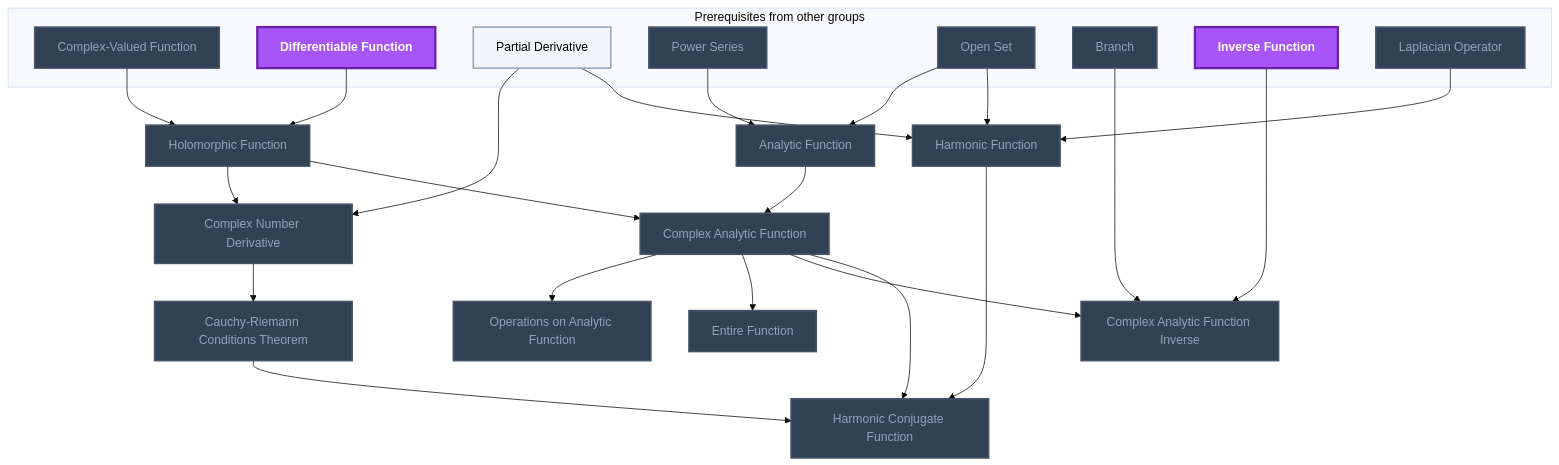
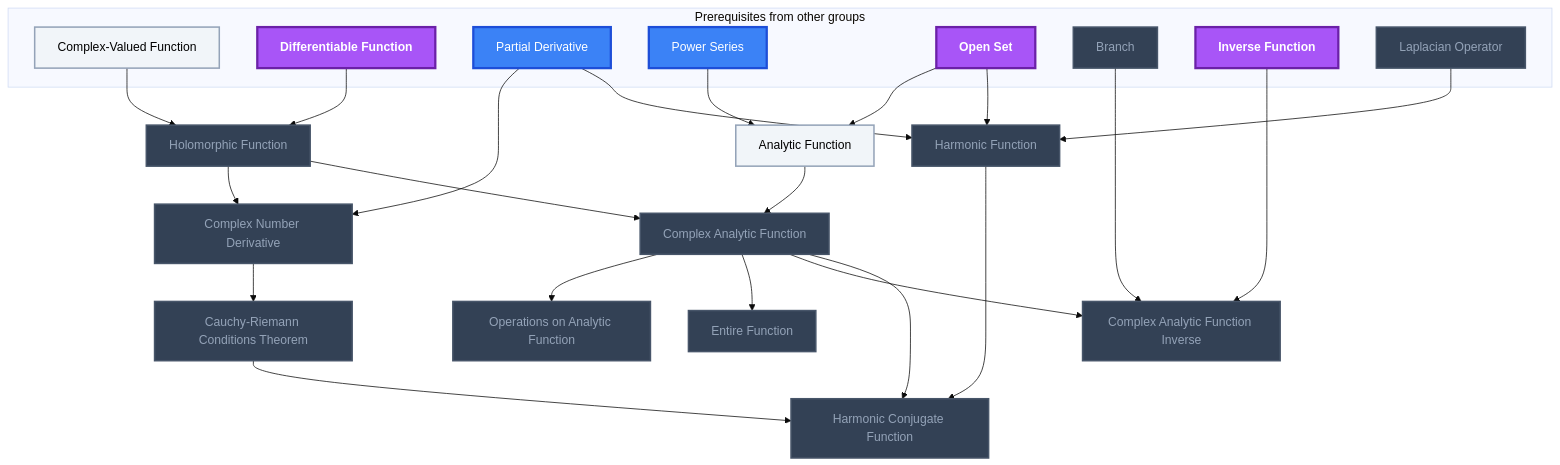
Before and after one commit to MRauf1/My-Notes: the sixth of 19 diagrams in Gamification/Skill Trees/Complex Analysis.md, drawn with Mermaid (base theme). The commit also changed other lines of this file and 145 other files, not shown here.

````diff
--- a/Gamification/Skill Trees/Complex Analysis.md
+++ b/Gamification/Skill Trees/Complex Analysis.md
@@ -232,56 +239,57 @@
 ```mermaid
 flowchart TD
     classDef planned fill:#1E293B,stroke:#64748B,stroke-width:2px,stroke-dasharray:5 5,color:#94A3B8;
     classDef locked fill:#334155,stroke:#475569,stroke-width:2px,color:#94A3B8;
     classDef L0 fill:#F1F5F9,stroke:#94A3B8,stroke-width:2px,color:#000000;
     classDef L1 fill:#22C55E,stroke:#15803D,stroke-width:2px,color:#000000;
     classDef L2 fill:#3B82F6,stroke:#1D4ED8,stroke-width:3px,color:#FFFFFF;
     classDef L3 fill:#A855F7,stroke:#6B21A8,stroke-width:3px,color:#FFFFFF,font-weight:bold;
     classDef L4 fill:#F97316,stroke:#C2410C,stroke-width:4px,color:#000000,font-weight:bold;
     classDef L5 fill:#FFD700,stroke:#FF8C00,stroke-width:5px,color:#000000,font-weight:bold;
     classDef rusty stroke:#8B4513,stroke-width:4px,stroke-dasharray:3 3;
     subgraph sg_prereqs["Prerequisites from other groups"]
         n_complex_valued_function["Complex-Valued Function"]
         n_differentiable_function["Differentiable Function"]
         n_partial_derivative["Partial Derivative"]
         n_power_series["Power Series"]
         n_open_set["Open Set"]
         n_branch["Branch"]
         n_inverse_function["Inverse Function"]
         n_laplacian_operator["Laplacian Operator"]
     end
     n_holomorphic_function["Holomorphic Function"]
     n_complex_number_derivative["Complex Number Derivative"]
     n_cauchy_riemann_conditions_theorem["Cauchy-Riemann Conditions Theorem"]
     n_analytic_function["Analytic Function"]
     n_complex_analytic_function["Complex Analytic Function"]
     n_operations_on_analytic_function["Operations on Analytic Function"]
     n_entire_function["Entire Function"]
     n_complex_analytic_function_inverse["Complex Analytic Function Inverse"]
     n_harmonic_function["Harmonic Function"]
     n_harmonic_conjugate_function["Harmonic Conjugate Function"]
     n_complex_valued_function --> n_holomorphic_function
     n_differentiable_function --> n_holomorphic_function
     n_holomorphic_function --> n_complex_number_derivative
     n_partial_derivative --> n_complex_number_derivative
     n_complex_number_derivative --> n_cauchy_riemann_conditions_theorem
     n_power_series --> n_analytic_function
     n_open_set --> n_analytic_function
     n_analytic_function --> n_complex_analytic_function
     n_holomorphic_function --> n_complex_analytic_function
     n_complex_analytic_function --> n_operations_on_analytic_function
     n_complex_analytic_function --> n_entire_function
     n_complex_analytic_function --> n_complex_analytic_function_inverse
     n_branch --> n_complex_analytic_function_inverse
     n_inverse_function --> n_complex_analytic_function_inverse
     n_partial_derivative --> n_harmonic_function
     n_laplacian_operator --> n_harmonic_function
     n_open_set --> n_harmonic_function
     n_harmonic_function --> n_harmonic_conjugate_function
     n_complex_analytic_function --> n_harmonic_conjugate_function
     n_cauchy_riemann_conditions_theorem --> n_harmonic_conjugate_function
-    class n_complex_valued_function,n_power_series,n_open_set,n_branch,n_laplacian_operator,n_holomorphic_function,n_complex_number_derivative,n_cauchy_riemann_conditions_theorem,n_analytic_function,n_complex_analytic_function,n_operations_on_analytic_function,n_entire_function,n_complex_analytic_function_inverse,n_harmonic_function,n_harmonic_conjugate_function locked;
-    class n_partial_derivative L0;
-    class n_differentiable_function,n_inverse_function L3;
+    class n_branch,n_laplacian_operator,n_holomorphic_function,n_complex_number_derivative,n_cauchy_riemann_conditions_theorem,n_complex_analytic_function,n_operations_on_analytic_function,n_entire_function,n_complex_analytic_function_inverse,n_harmonic_function,n_harmonic_conjugate_function locked;
+    class n_complex_valued_function,n_analytic_function L0;
+    class n_partial_derivative,n_power_series L2;
+    class n_differentiable_function,n_open_set,n_inverse_function L3;
     class n_complex_valued_function,n_differentiable_function,n_partial_derivative,n_power_series,n_open_set,n_branch,n_inverse_function,n_laplacian_operator,n_holomorphic_function,n_complex_number_derivative,n_cauchy_riemann_conditions_theorem,n_analytic_function,n_complex_analytic_function,n_operations_on_analytic_function,n_entire_function,n_complex_analytic_function_inverse,n_harmonic_function,n_harmonic_conjugate_function internal-link;
 ```
````
